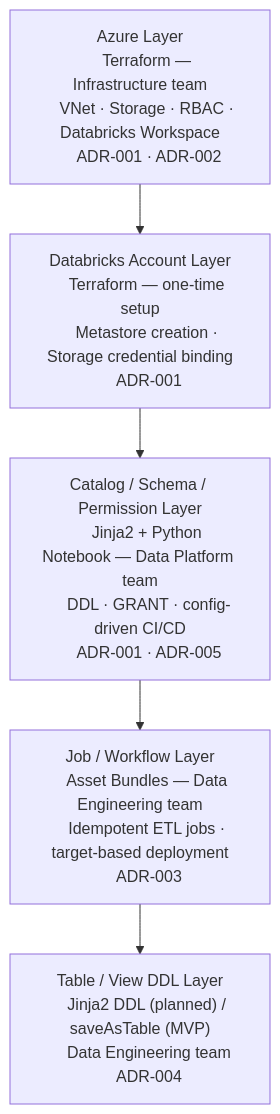
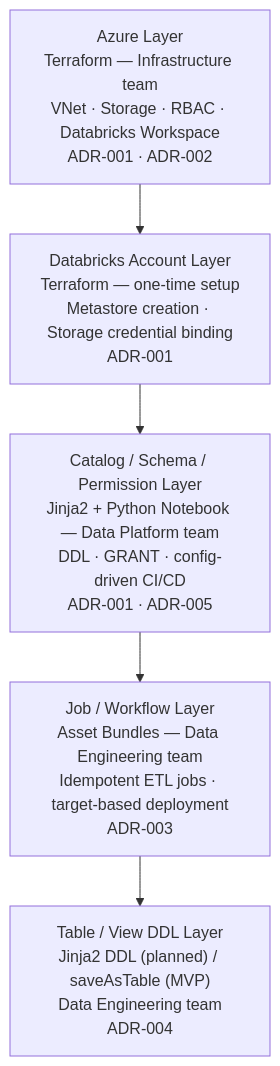
The third of 4 diagrams in README.md (nobhri/azure-dbx-mock-platform), drawn with Mermaid before and after one commit. The commit also changed other lines of this file, not shown here.

Commit message:
docs(readme): fix mermaid linebreaks and split workspace/identity diagrams
- Replace all \n and raw newlines in node labels with <br>
- Split Workspace & Catalog Structure diagram into two sections:
  - Workspace & Catalog Structure: workspace → catalog relationships
  - Identity & Access: EntraID group sync and permission assignment
    (simplified to one workspace + one catalog)

````diff
--- a/README.md
+++ b/README.md
@@ -53,29 +59,10 @@
 ```mermaid
 flowchart TB
-    A["Azure Layer
-    Terraform — Infrastructure team
-    VNet · Storage · RBAC · Databricks Workspace
-    ADR-001 · ADR-002"]
-
-    B["Databricks Account Layer
-    Terraform — one-time setup
-    Metastore creation · Storage credential binding
-    ADR-001"]
-
-    C["Catalog / Schema / Permission Layer
-    Jinja2 + Python Notebook — Data Platform team
-    DDL · GRANT · config-driven CI/CD
-    ADR-001 · ADR-005"]
-
-    D["Job / Workflow Layer
-    Asset Bundles — Data Engineering team
-    Idempotent ETL jobs · target-based deployment
-    ADR-003"]
-
-    E["Table / View DDL Layer
-    Jinja2 DDL (planned) / saveAsTable (MVP)
-    Data Engineering team
-    ADR-004"]
+    A["Azure Layer<br>Terraform — Infrastructure team<br>VNet · Storage · RBAC · Databricks Workspace<br>ADR-001 · ADR-002"]
+    B["Databricks Account Layer<br>Terraform — one-time setup<br>Metastore creation · Storage credential binding<br>ADR-001"]
+    C["Catalog / Schema / Permission Layer<br>Jinja2 + Python Notebook — Data Platform team<br>DDL · GRANT · config-driven CI/CD<br>ADR-001 · ADR-005"]
+    D["Job / Workflow Layer<br>Asset Bundles — Data Engineering team<br>Idempotent ETL jobs · target-based deployment<br>ADR-003"]
+    E["Table / View DDL Layer<br>Jinja2 DDL (planned) / saveAsTable (MVP)<br>Data Engineering team<br>ADR-004"]
 
     A --> B --> C --> D --> E
 ```
````
